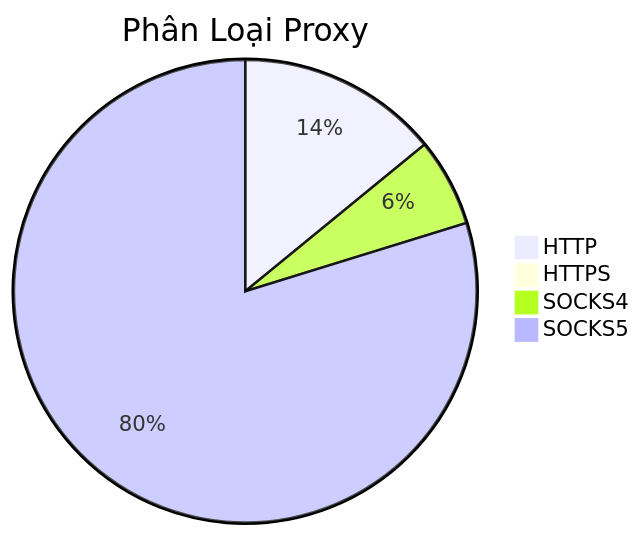
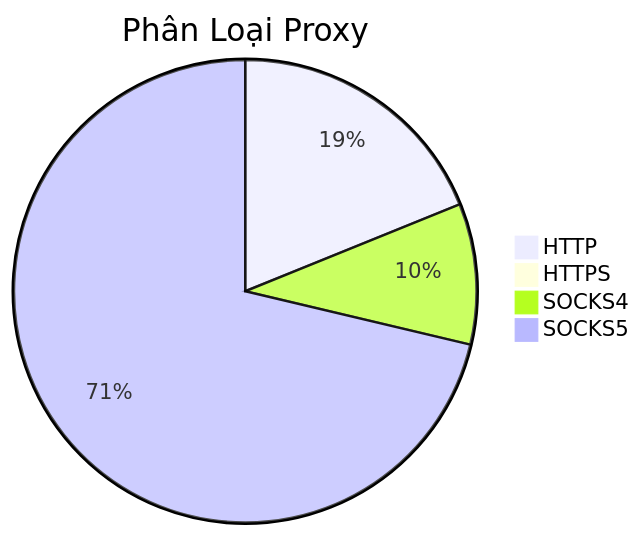
One commit to Ciara-Aa/PROXY-free changed the diagram in README.md. Above: the diagram before and after it, drawn with Mermaid. The commit also changed other lines of this file and 4 other files, not shown here.

````diff
--- a/README.md
+++ b/README.md
@@ -26,7 +26,7 @@
 ```mermaid
 pie title Phân Loại Proxy
-    "HTTP" : 472
-    "HTTPS" : 0
-    "SOCKS4" : 206
-    "SOCKS5" : 2673
+    "HTTP" : 443
+    "HTTPS" : 1
+    "SOCKS4" : 231
+    "SOCKS5" : 1674
 ```
````
